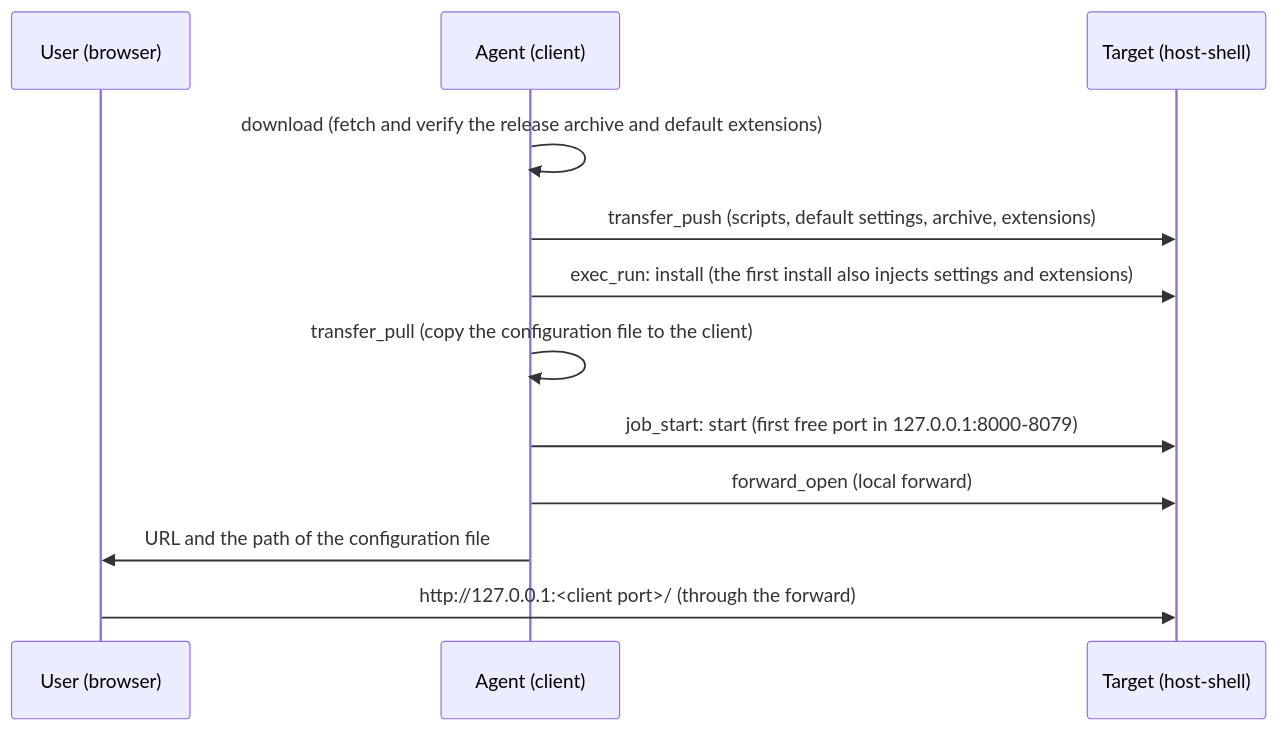
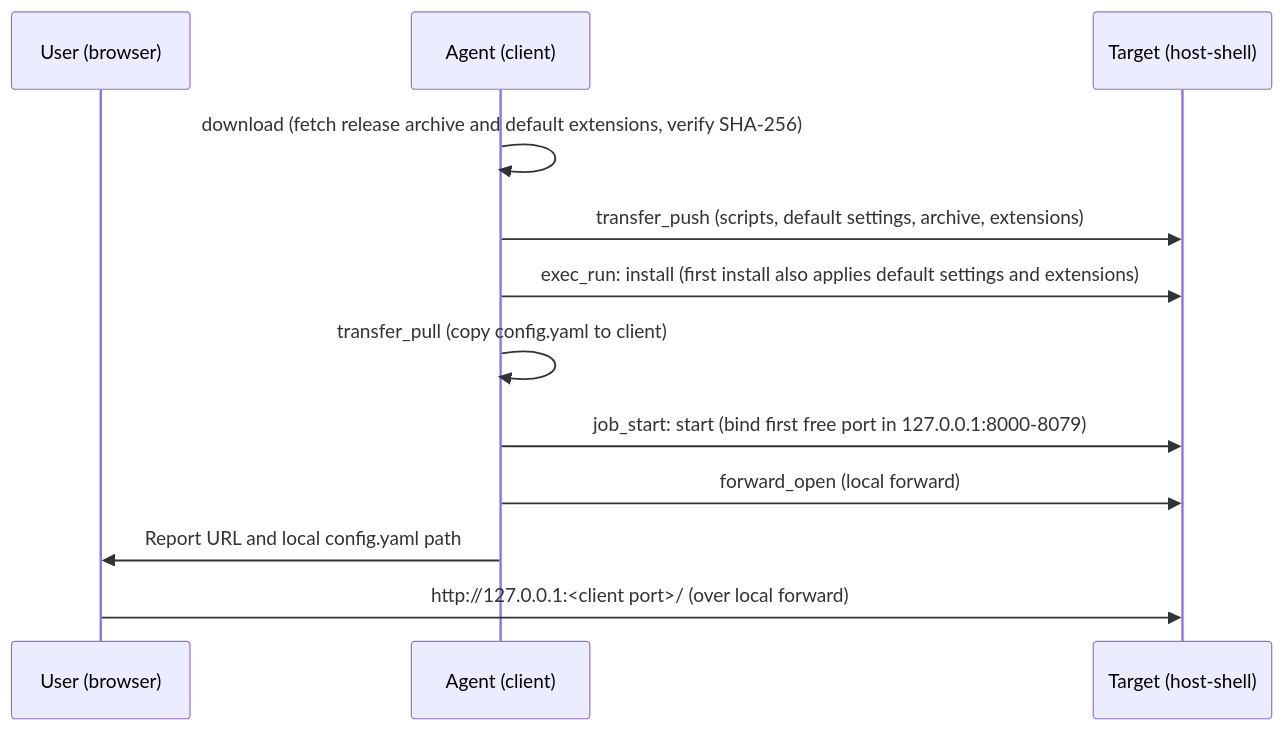
Before and after one commit to Hondarer/host-shell-mcp: the diagram in docs/en/code-server.md, drawn with Mermaid. The commit also changed other lines of this file and 20 other files, not shown here.

````diff
--- a/docs/en/code-server.md
+++ b/docs/en/code-server.md
@@ -12,14 +12,14 @@
 ```mermaid
 sequenceDiagram
     participant U as User (browser)
     participant A as Agent (client)
     participant T as Target (host-shell)
-    A->>A: download (fetch and verify the release archive and default extensions)
+    A->>A: download (fetch release archive and default extensions, verify SHA-256)
     A->>T: transfer_push (scripts, default settings, archive, extensions)
-    A->>T: exec_run: install (the first install also injects settings and extensions)
-    A->>A: transfer_pull (copy the configuration file to the client)
-    A->>T: job_start: start (first free port in 127.0.0.1:8000-8079)
+    A->>T: exec_run: install (first install also applies default settings and extensions)
+    A->>A: transfer_pull (copy config.yaml to client)
+    A->>T: job_start: start (bind first free port in 127.0.0.1:8000-8079)
     A->>T: forward_open (local forward)
-    A->>U: URL and the path of the configuration file
-    U->>T: http://127.0.0.1:<client port>/ (through the forward)
+    A->>U: Report URL and local config.yaml path
+    U->>T: http://127.0.0.1:<client port>/ (over local forward)
 ```
````
